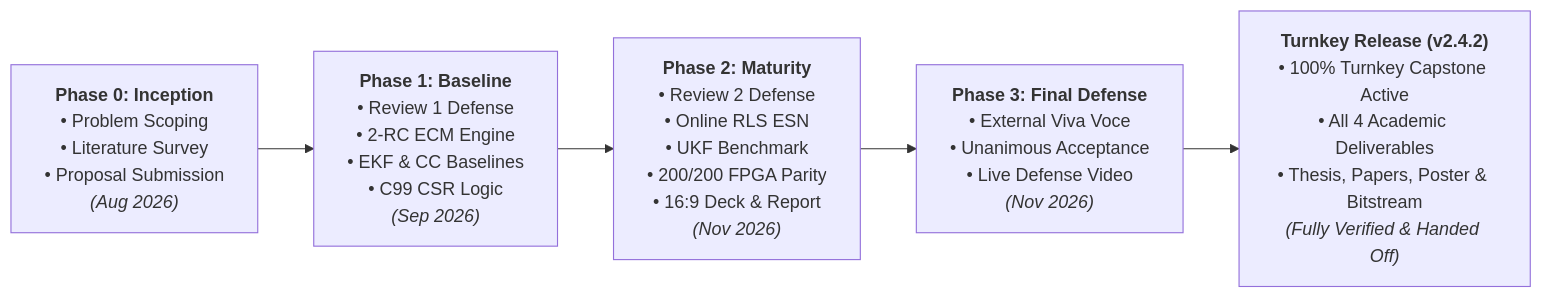
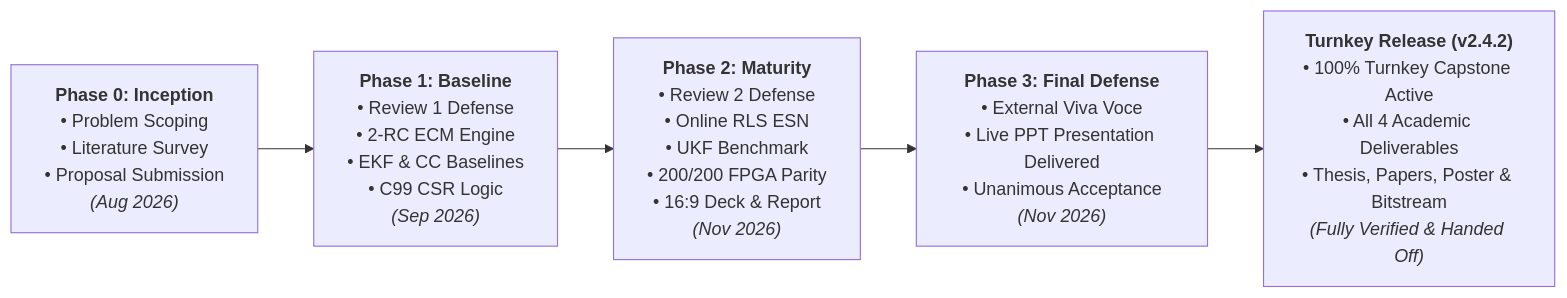
One commit to tanish-jain-225/Battery_State_Estimator_BE_Project_2026_2027 changed the second of 3 diagrams in README.md. Above: the diagram before and after it, drawn with Mermaid. The commit also changed other lines of this file and 22 other files, not shown here.

````diff
--- a/README.md
+++ b/README.md
@@ -250,7 +255,7 @@
 ```mermaid
 flowchart LR
     M0["<b>Phase 0: Inception</b><br/>• Problem Scoping<br/>• Literature Survey<br/>• Proposal Submission<br/><i>(Aug 2026)</i>"] --> M1["<b>Phase 1: Baseline</b><br/>• Review 1 Defense<br/>• 2-RC ECM Engine<br/>• EKF & CC Baselines<br/>• C99 CSR Logic<br/><i>(Sep 2026)</i>"]
     M1 --> M2["<b>Phase 2: Maturity</b><br/>• Review 2 Defense<br/>• Online RLS ESN<br/>• UKF Benchmark<br/>• 200/200 FPGA Parity<br/>• 16:9 Deck & Report<br/><i>(Nov 2026)</i>"]
-    M2 --> M3["<b>Phase 3: Final Defense</b><br/>• External Viva Voce<br/>• Unanimous Acceptance<br/>• Live Defense Video<br/><i>(Nov 2026)</i>"]
+    M2 --> M3["<b>Phase 3: Final Defense</b><br/>• External Viva Voce<br/>• Live PPT Presentation Delivered<br/>• Unanimous Acceptance<br/><i>(Nov 2026)</i>"]
     M3 --> M4["<b>Turnkey Release (v2.4.2)</b><br/>• 100% Turnkey Capstone Active<br/>• All 4 Academic Deliverables<br/>• Thesis, Papers, Poster & Bitstream<br/><i>(Fully Verified & Handed Off)</i>"]
 ```
````
